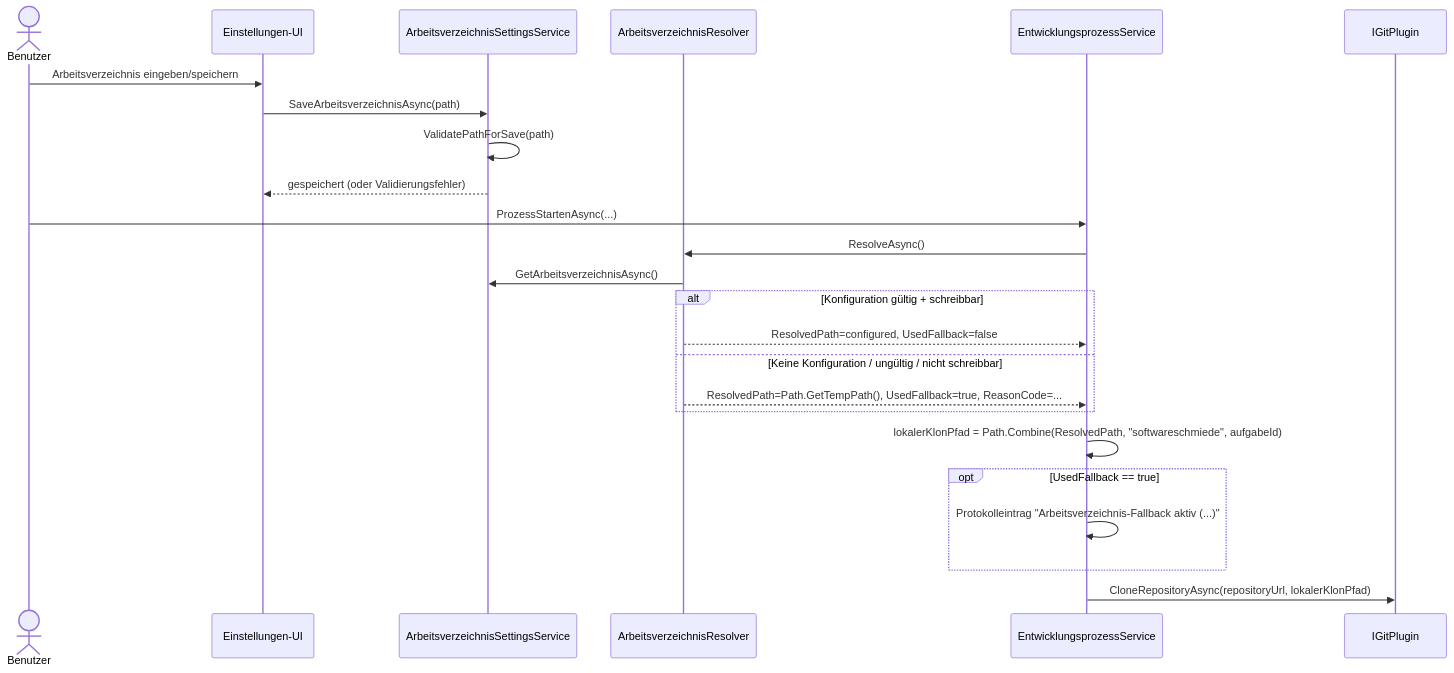
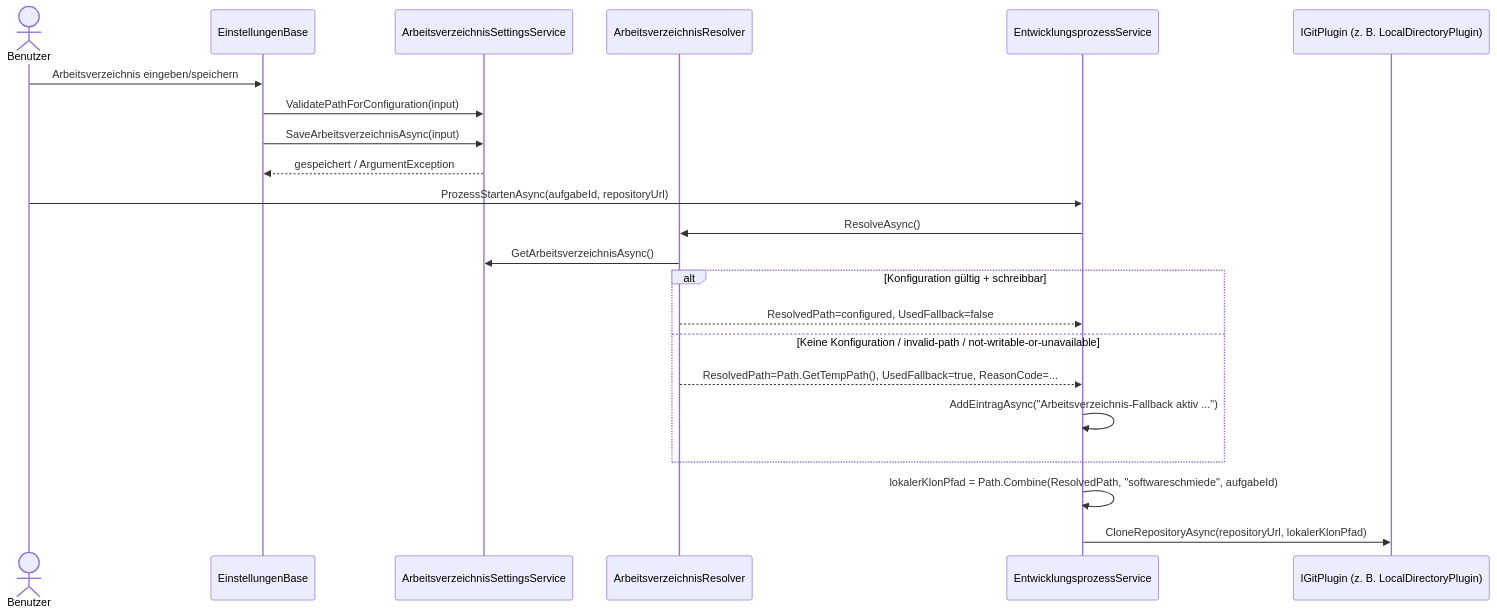
Before and after one commit to martin-stromberg/Softwareschmiede: the diagram in docs/flows/workdir-resolution-flow.md, drawn with Mermaid. The commit also changed other lines of this file and 40 other files, not shown here.

````diff
--- a/docs/flows/workdir-resolution-flow.md
+++ b/docs/flows/workdir-resolution-flow.md
@@ -23,30 +23,28 @@
 ```mermaid
 sequenceDiagram
     actor Benutzer
-    participant UI as Einstellungen-UI
+    participant UI as EinstellungenBase
     participant Settings as ArbeitsverzeichnisSettingsService
     participant Resolver as ArbeitsverzeichnisResolver
     participant Prozess as EntwicklungsprozessService
-    participant Git as IGitPlugin
+    participant Git as IGitPlugin (z. B. LocalDirectoryPlugin)
 
     Benutzer->>UI: Arbeitsverzeichnis eingeben/speichern
-    UI->>Settings: SaveArbeitsverzeichnisAsync(path)
-    Settings->>Settings: ValidatePathForSave(path)
-    Settings-->>UI: gespeichert (oder Validierungsfehler)
+    UI->>Settings: ValidatePathForConfiguration(input)
+    UI->>Settings: SaveArbeitsverzeichnisAsync(input)
+    Settings-->>UI: gespeichert / ArgumentException
 
-    Benutzer->>Prozess: ProzessStartenAsync(...)
+    Benutzer->>Prozess: ProzessStartenAsync(aufgabeId, repositoryUrl)
     Prozess->>Resolver: ResolveAsync()
     Resolver->>Settings: GetArbeitsverzeichnisAsync()
 
     alt Konfiguration gültig + schreibbar
         Resolver-->>Prozess: ResolvedPath=configured, UsedFallback=false
-    else Keine Konfiguration / ungültig / nicht schreibbar
+    else Keine Konfiguration / invalid-path / not-writable-or-unavailable
         Resolver-->>Prozess: ResolvedPath=Path.GetTempPath(), UsedFallback=true, ReasonCode=...
+        Prozess->>Prozess: AddEintragAsync("Arbeitsverzeichnis-Fallback aktiv ...")
     end
 
     Prozess->>Prozess: lokalerKlonPfad = Path.Combine(ResolvedPath, "softwareschmiede", aufgabeId)
-    opt UsedFallback == true
-        Prozess->>Prozess: Protokolleintrag "Arbeitsverzeichnis-Fallback aktiv (...)"
-    end
     Prozess->>Git: CloneRepositoryAsync(repositoryUrl, lokalerKlonPfad)
 ```
````
